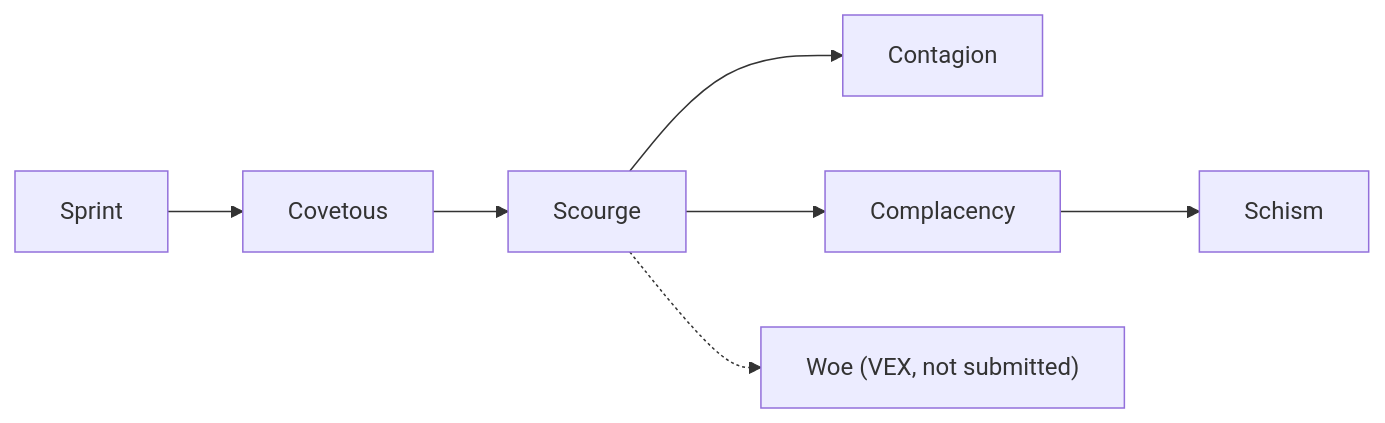
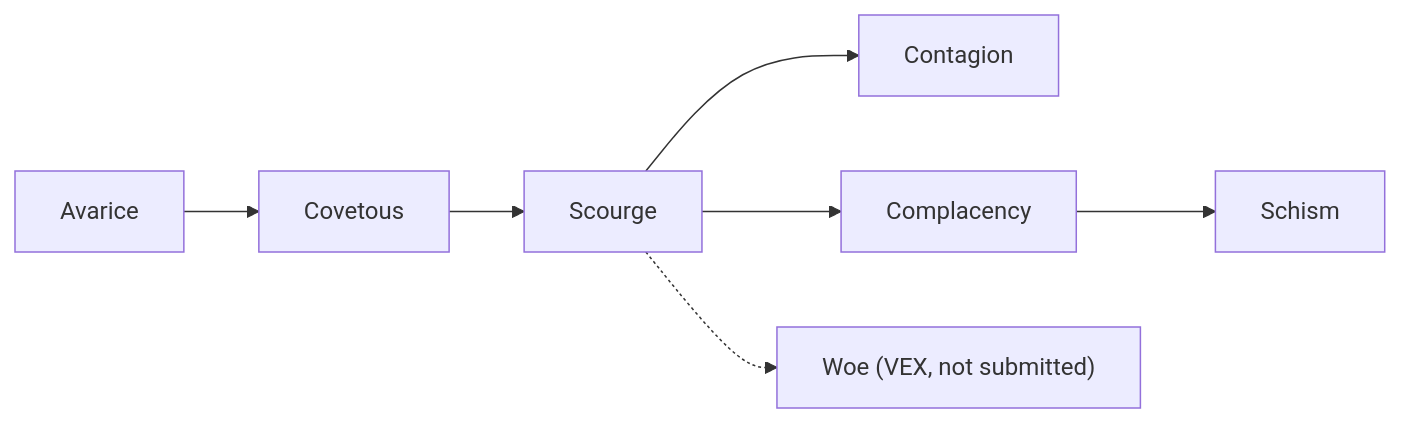
One commit to avarice-dev/AI-CellHack2 changed the second of 2 diagrams in architecture/cells-and-experiments.md. Above: the diagram before and after it, drawn with Mermaid. The commit also changed other lines of this file and 5 other files, not shown here.

Commit message:
docs: Sprint is now named Avarice

````diff
--- a/architecture/cells-and-experiments.md
+++ b/architecture/cells-and-experiments.md
@@ -96,7 +96,7 @@
 ```mermaid
 flowchart LR
-    S["Sprint"] --> C["Covetous"] --> SC["Scourge"] --> CO["Contagion"]
+    S["Avarice"] --> C["Covetous"] --> SC["Scourge"] --> CO["Contagion"]
     SC --> CP["Complacency"]
     CP --> SM["Schism"]
     SC -.-> W["Woe (VEX, not submitted)"]
 ```
````
